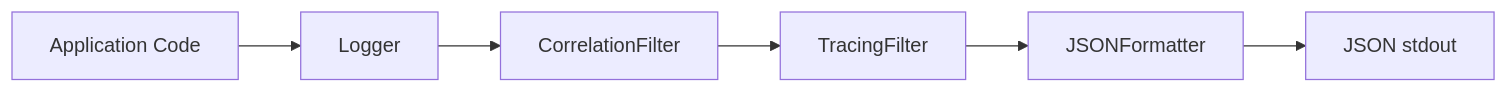
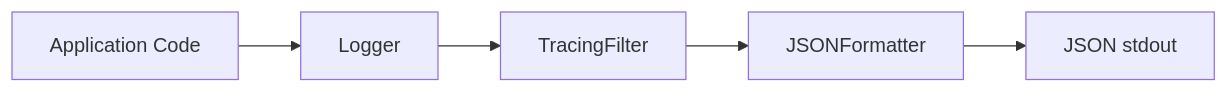
Before and after one commit to HardMax71/Integr8sCode: the diagram in docs/operations/logging.md, drawn with Mermaid. The commit also changed other lines of this file and 123 other files, not shown here.

````diff
--- a/docs/operations/logging.md
+++ b/docs/operations/logging.md
@@ -9,8 +9,7 @@
 ```mermaid
 flowchart LR
     Code[Application Code] --> Logger
-    Logger --> CF[CorrelationFilter]
-    CF --> TF[TracingFilter]
+    Logger --> TF[TracingFilter]
     TF --> JF[JSONFormatter]
     JF --> Output[JSON stdout]
 ```
````
